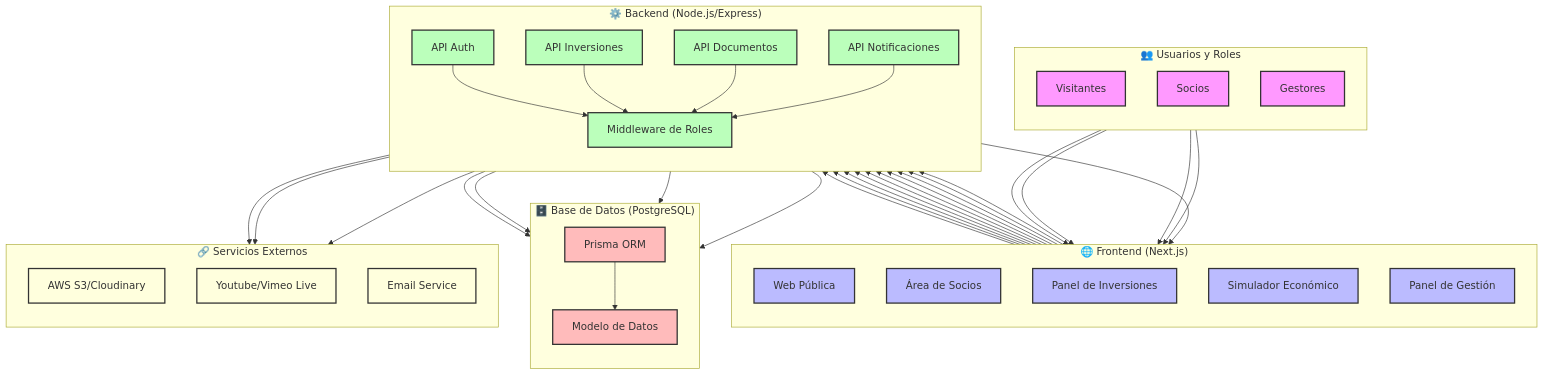
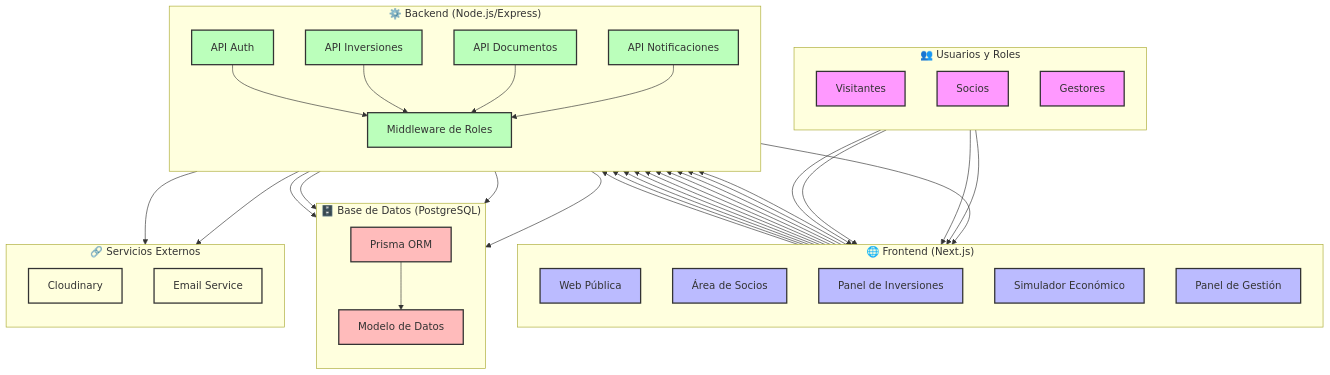
The diagram in docs/architecture/system-design.md (loretops/finalproject-LPS), drawn with Mermaid before and after one commit. The commit also changed other lines of this file, not shown here.

````diff
--- a/docs/architecture/system-design.md
+++ b/docs/architecture/system-design.md
@@ -118,8 +137,7 @@
     %% Servicios Externos
     subgraph External["🔗 Servicios Externos"]
         direction TB
-        E1[AWS S3/Cloudinary]
-        E2[Youtube/Vimeo Live]
+        E1[Cloudinary]
         E3[Email Service]
     end
 
@@ -152,7 +170,6 @@
     D2 --> D1
 
     B3 --> E1
-    B2 --> E2
     B4 --> E3
     B4 --> F2
 
@@ -167,5 +184,5 @@
     class F1,F2,F3,F4,F5 frontend
     class B1,B2,B3,B4,B5 backend
     class D1,D2 database
-    class E1,E2,E3 external
+    class E1,E3 external
 ```
````
